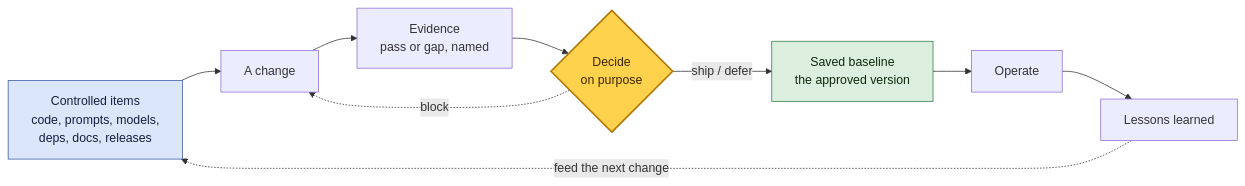
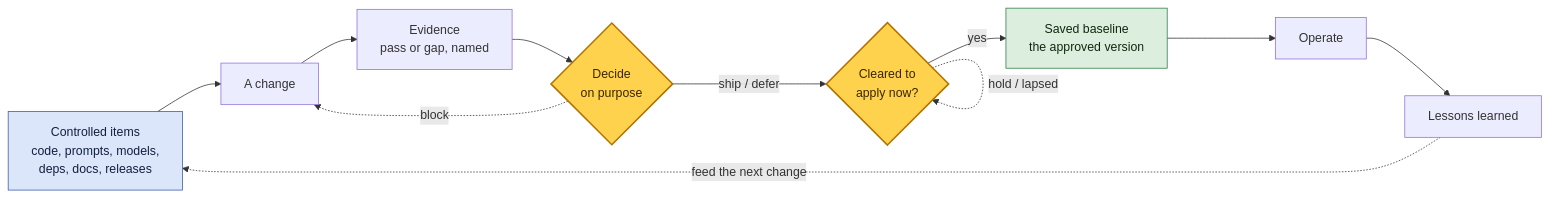
One commit to FlyFission/nuclear-grade-context-engineering changed the eighth of 9 diagrams in docs/diagrams.md. Above: the diagram before and after it, drawn with Mermaid. The commit also changed other lines of this file and 5 other files, not shown here.

First line of the commit message:
Separate "verified" from "cleared to apply" in the state model (#55)

````diff
--- a/docs/diagrams.md
+++ b/docs/diagrams.md
@@ -223,14 +229,16 @@
 ```mermaid
 flowchart LR
     classDef item fill:#DCE6FA,stroke:#3A5BA8,color:#12203F;
     classDef gate fill:#FFD24D,stroke:#B07400,color:#3A2600,stroke-width:2px;
     classDef base fill:#DCEFDE,stroke:#2E7D45,color:#102810;
     CI["Controlled items<br/>code, prompts, models,<br/>deps, docs, releases"]:::item --> CH["A change"]
     CH --> EV["Evidence<br/>pass or gap, named"]
     EV --> DEC{"Decide<br/>on purpose"}:::gate
-    DEC -->|"ship / defer"| BL["Saved baseline<br/>the approved version"]:::base
+    DEC -->|"ship / defer"| CLR{"Cleared to<br/>apply now?"}:::gate
+    CLR -->|"yes"| BL["Saved baseline<br/>the approved version"]:::base
+    CLR -.->|"hold / lapsed"| CLR
     DEC -.->|"block"| CH
     BL --> OP["Operate"]
     OP --> LE["Lessons learned"]
     LE -.->|"feed the next change"| CI
 ```
````
